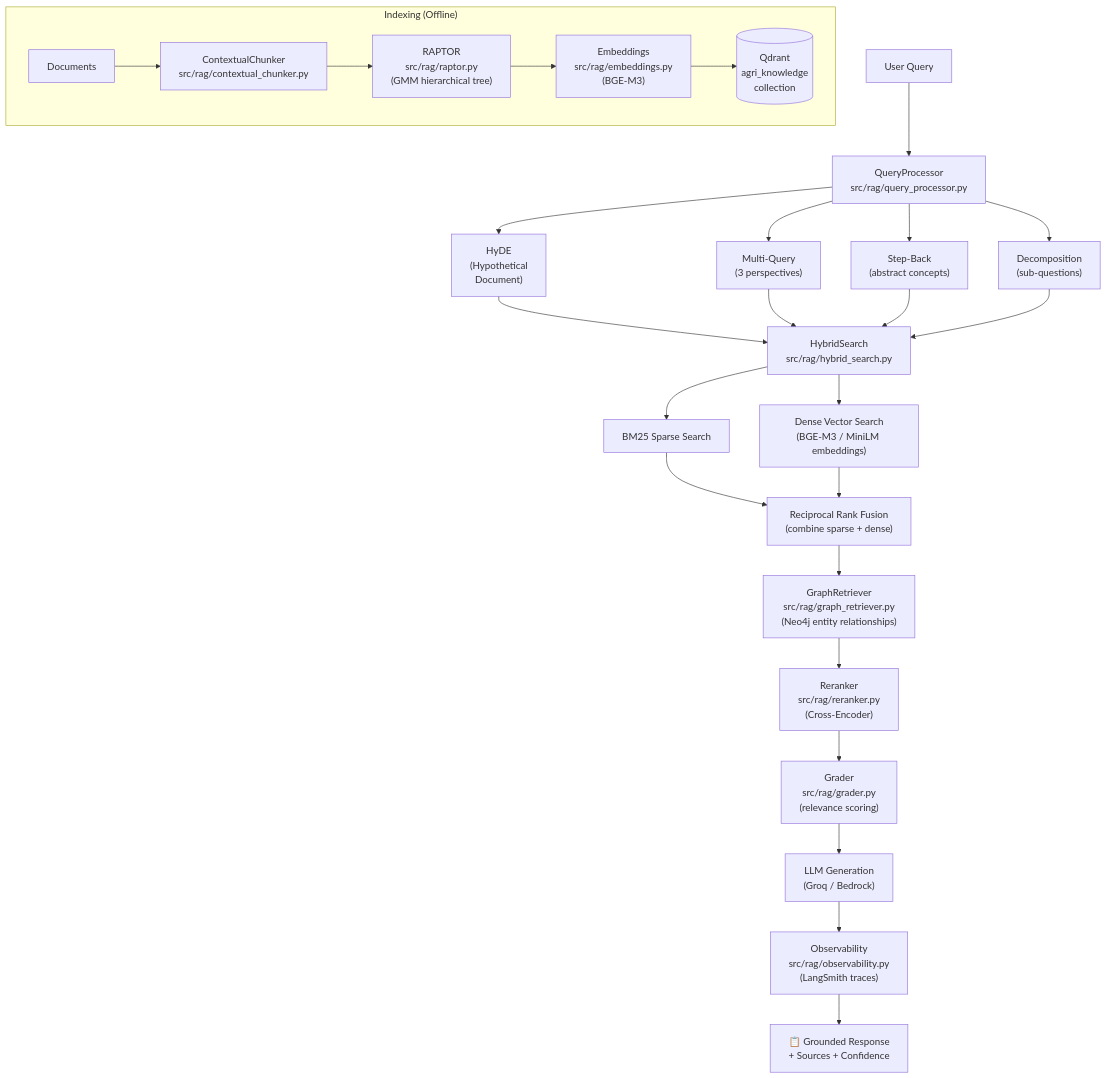
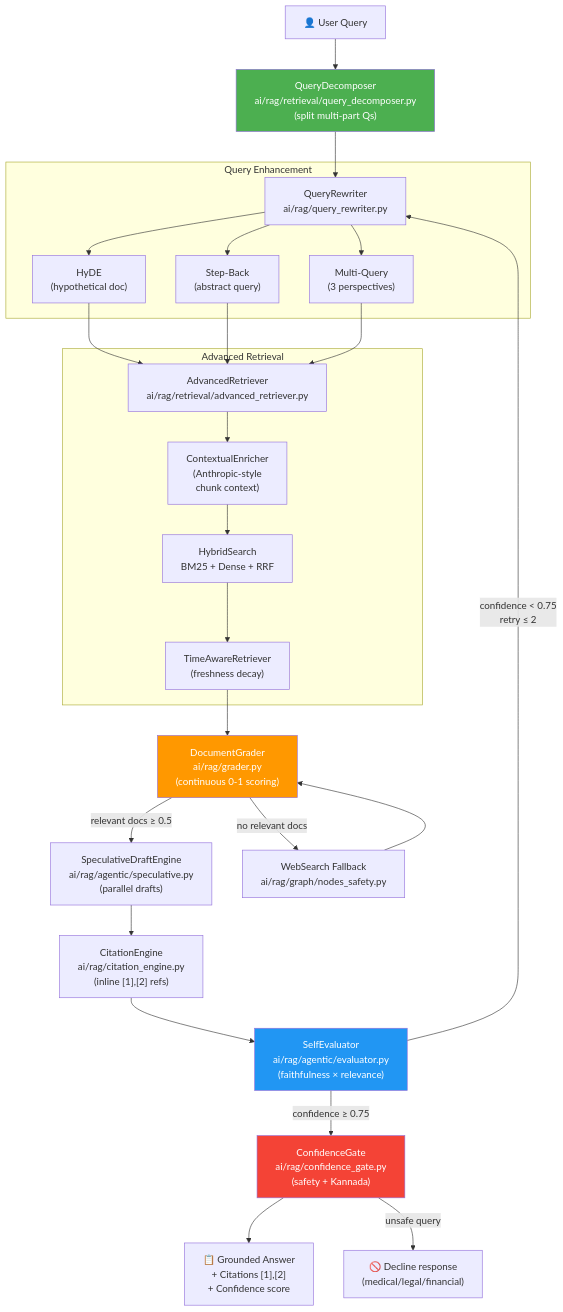
The fifth of 10 diagrams in docs/architecture/data-flow.md (cropfresh/Cropfresh_Ai), drawn with Mermaid before and after one commit. The commit also changed other lines of this file and 88 other files, not shown here.

Commit message:
feat: Implement a comprehensive RAG system including graph-based retrieval, routing, and an evaluation framework with associated tests and documentation.

````diff
--- a/docs/architecture/data-flow.md
+++ b/docs/architecture/data-flow.md
@@ -177,34 +179,42 @@
 ```mermaid
 flowchart TD
-    Q["User Query"] --> QP["QueryProcessor<br/>src/rag/query_processor.py"]
+    Q["👤 User Query"] --> DECOMP["QueryDecomposer<br/>ai/rag/retrieval/query_decomposer.py<br/>(split multi-part Qs)"]
 
-    QP --> HYDE["HyDE<br/>(Hypothetical<br/>Document)"]
-    QP --> MQ["Multi-Query<br/>(3 perspectives)"]
-    QP --> SB["Step-Back<br/>(abstract concepts)"]
-    QP --> DEC["Decomposition<br/>(sub-questions)"]
+    DECOMP --> REWRITE["QueryRewriter<br/>ai/rag/query_rewriter.py"]
 
-    HYDE & MQ & SB & DEC --> HS["HybridSearch<br/>src/rag/hybrid_search.py"]
+    subgraph "Query Enhancement"
+        REWRITE --> HYDE["HyDE<br/>(hypothetical doc)"]
+        REWRITE --> SB["Step-Back<br/>(abstract query)"]
+        REWRITE --> MQ["Multi-Query<br/>(3 perspectives)"]
+    end
 
-    HS --> BM25["BM25 Sparse Search"]
-    HS --> DENSE["Dense Vector Search<br/>(BGE-M3 / MiniLM embeddings)"]
-    BM25 & DENSE --> RRF["Reciprocal Rank Fusion<br/>(combine sparse + dense)"]
+    HYDE & SB & MQ --> RETRIEVE
 
-    RRF --> GR["GraphRetriever<br/>src/rag/graph_retriever.py<br/>(Neo4j entity relationships)"]
+    subgraph "Advanced Retrieval"
+        RETRIEVE["AdvancedRetriever<br/>ai/rag/retrieval/advanced_retriever.py"]
+        RETRIEVE --> CTX_ENRICH["ContextualEnricher<br/>(Anthropic-style<br/>chunk context)"]
+        CTX_ENRICH --> HS["HybridSearch<br/>BM25 + Dense + RRF"]
+        HS --> TIME["TimeAwareRetriever<br/>(freshness decay)"]
+    end
 
-    GR --> RR["Reranker<br/>src/rag/reranker.py<br/>(Cross-Encoder)"]
+    TIME --> GRADE["DocumentGrader<br/>ai/rag/grader.py<br/>(continuous 0-1 scoring)"]
 
-    RR --> GRADE["Grader<br/>src/rag/grader.py<br/>(relevance scoring)"]
+    GRADE -->|"relevant docs ≥ 0.5"| GEN["SpeculativeDraftEngine<br/>ai/rag/agentic/speculative.py<br/>(parallel drafts)"]
+    GRADE -->|"no relevant docs"| WEB["WebSearch Fallback<br/>ai/rag/graph/nodes_safety.py"]
+    WEB --> GRADE
 
-    GRADE --> LLM["LLM Generation<br/>(Groq / Bedrock)"]
+    GEN --> CITE["CitationEngine<br/>ai/rag/citation_engine.py<br/>(inline [1],[2] refs)"]
 
-    LLM --> OBS["Observability<br/>src/rag/observability.py<br/>(LangSmith traces)"]
+    CITE --> EVAL["SelfEvaluator<br/>ai/rag/agentic/evaluator.py<br/>(faithfulness × relevance)"]
 
-    OBS --> RESP["📋 Grounded Response<br/>+ Sources + Confidence"]
+    EVAL -->|"confidence ≥ 0.75"| GATE["ConfidenceGate<br/>ai/rag/confidence_gate.py<br/>(safety + Kannada)"]
+    EVAL -->|"confidence < 0.75<br/>retry ≤ 2"| REWRITE
 
-    subgraph "Indexing (Offline)"
-        DOC["Documents"] --> CHUNK["ContextualChunker<br/>src/rag/contextual_chunker.py"]
-        CHUNK --> RAP["RAPTOR<br/>src/rag/raptor.py<br/>(GMM hierarchical tree)"]
-        RAP --> EMB["Embeddings<br/>src/rag/embeddings.py<br/>(BGE-M3)"]
-        EMB --> QDB[("Qdrant<br/>agri_knowledge<br/>collection")]
-    end
+    GATE --> RESP["📋 Grounded Answer<br/>+ Citations [1],[2]<br/>+ Confidence score"]
+    GATE -->|"unsafe query"| DECLINE["🚫 Decline response<br/>(medical/legal/financial)"]
+
+    style DECOMP fill:#4CAF50,color:white
+    style GRADE fill:#FF9800,color:white
+    style EVAL fill:#2196F3,color:white
+    style GATE fill:#f44336,color:white
 ```
````
